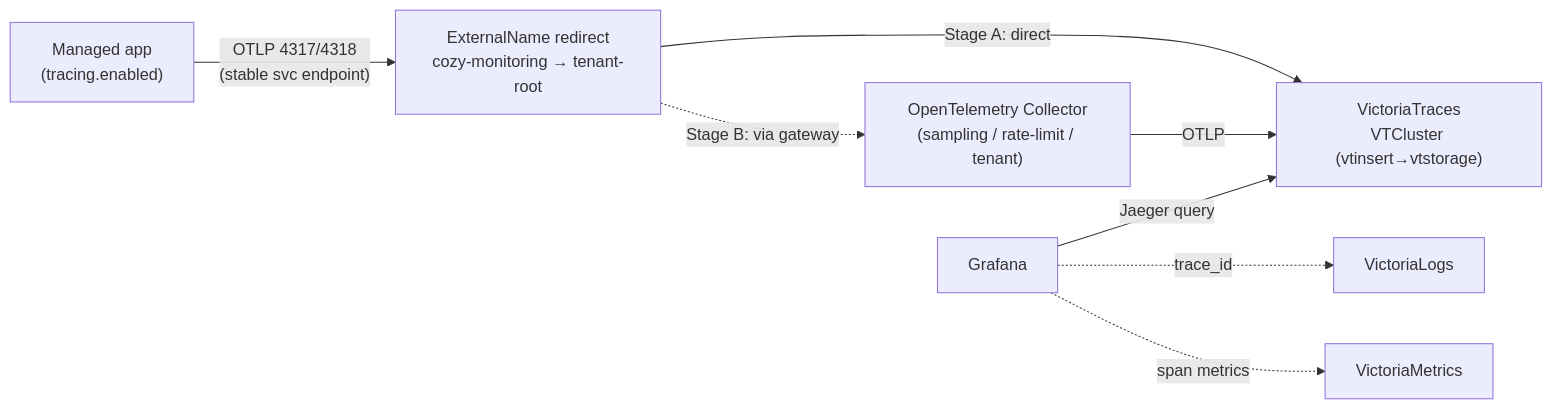
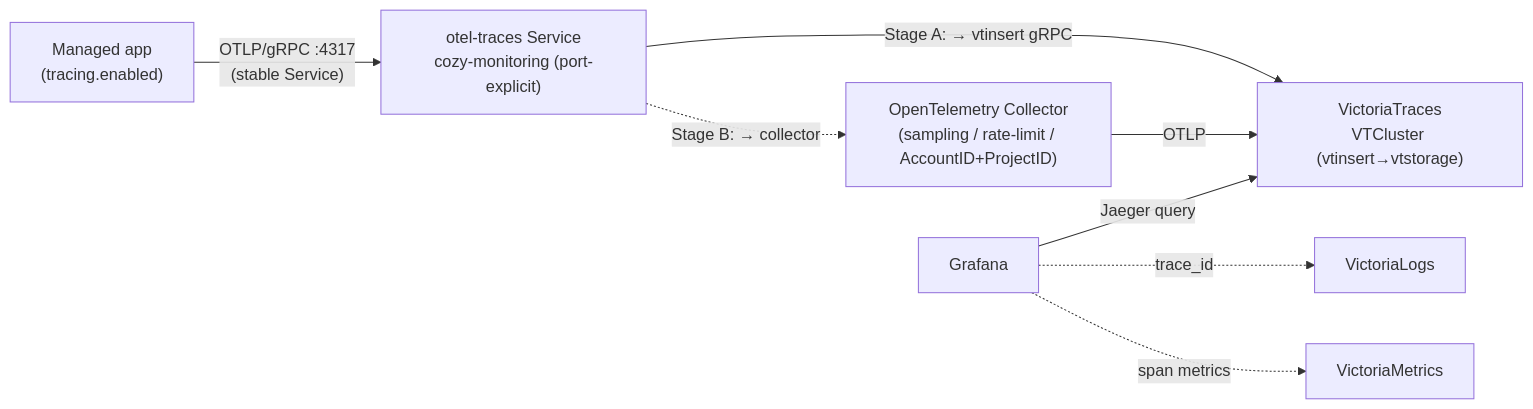
One commit to cozystack/community changed the diagram in design-proposals/distributed-tracing/README.md. Above: the diagram before and after it, drawn with Mermaid. The commit also changed other lines of this file, not shown here.

First line of the commit message:
Address 2nd CodeRabbit pass: percent-only disk cap, stable gRPC contract, headers_setter

````diff
--- a/design-proposals/distributed-tracing/README.md
+++ b/design-proposals/distributed-tracing/README.md
@@ -171,10 +171,10 @@
 ```mermaid
 flowchart LR
-  app["Managed app<br/>(tracing.enabled)"] -- "OTLP 4317/4318<br/>(stable svc endpoint)" --> ext["ExternalName redirect<br/>cozy-monitoring → tenant-root"]
-  ext -- "Stage A: direct" --> vt["VictoriaTraces<br/>VTCluster (vtinsert→vtstorage)"]
-  ext -. "Stage B: via gateway" .-> col["OpenTelemetry Collector<br/>(sampling / rate-limit / tenant)"]
+  app["Managed app<br/>(tracing.enabled)"] -- "OTLP/gRPC :4317<br/>(stable Service)" --> svc["otel-traces Service<br/>cozy-monitoring (port-explicit)"]
+  svc -- "Stage A: → vtinsert gRPC" --> vt["VictoriaTraces<br/>VTCluster (vtinsert→vtstorage)"]
+  svc -. "Stage B: → collector" .-> col["OpenTelemetry Collector<br/>(sampling / rate-limit / AccountID+ProjectID)"]
   col -- OTLP --> vt
   gr["Grafana"] -- Jaeger query --> vt
   gr -. trace_id .-> vl["VictoriaLogs"]
   gr -. span metrics .-> vm["VictoriaMetrics"]
 ```
````
